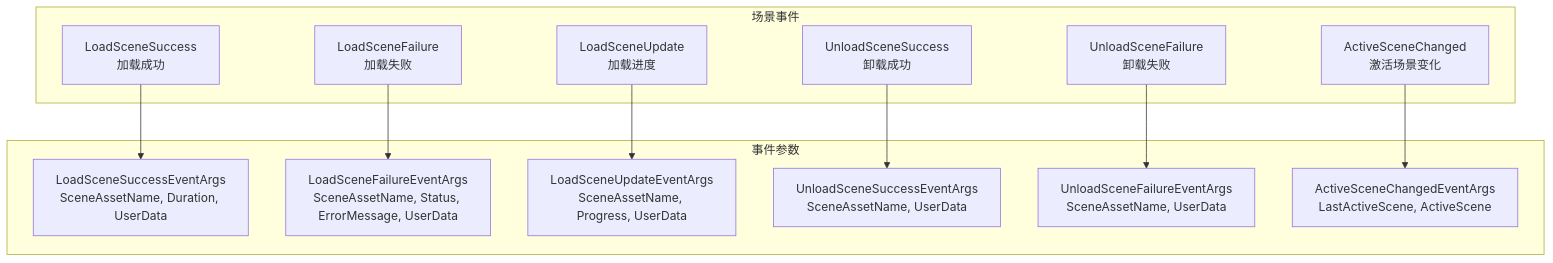
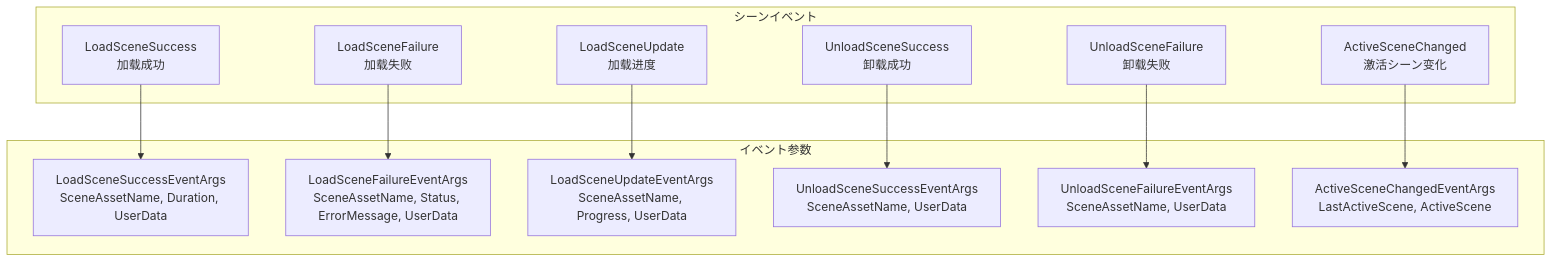
The fifth of 5 diagrams in docs/ja/client/unity/component/scene/04.features.md (AlianBlank/GameFrameX.Docs), drawn with Mermaid before and after one commit. The commit also changed other lines of this file and 603 other files, not shown here.

````diff
--- a/docs/ja/client/unity/component/scene/04.features.md
+++ b/docs/ja/client/unity/component/scene/04.features.md
@@ -233,27 +233,27 @@
 ```mermaid
 flowchart TD
-    subgraph Events["场景事件"]
+    subgraph Events["シーンイベント"]
         LSS["LoadSceneSuccess<br/>加载成功"]
         LSF["LoadSceneFailure<br/>加载失败"]
         LSU["LoadSceneUpdate<br/>加载进度"]
         USS["UnloadSceneSuccess<br/>卸载成功"]
         USF["UnloadSceneFailure<br/>卸载失败"]
-        ASC["ActiveSceneChanged<br/>激活场景变化"]
+        ASC["ActiveSceneChanged<br/>激活シーン变化"]
     end
 
-    subgraph EventArgs["事件参数"]
+    subgraph EventArgs["イベント参数"]
         LSSArgs["LoadSceneSuccessEventArgs<br/>SceneAssetName, Duration, UserData"]
         LSFArgs["LoadSceneFailureEventArgs<br/>SceneAssetName, Status, ErrorMessage, UserData"]
         LSUArgs["LoadSceneUpdateEventArgs<br/>SceneAssetName, Progress, UserData"]
         USSArgs["UnloadSceneSuccessEventArgs<br/>SceneAssetName, UserData"]
         USFArgs["UnloadSceneFailureEventArgs<br/>SceneAssetName, UserData"]
         ASCArgs["ActiveSceneChangedEventArgs<br/>LastActiveScene, ActiveScene"]
     end
 
     LSS --> LSSArgs
     LSF --> LSFArgs
     LSU --> LSUArgs
     USS --> USSArgs
     USF --> USFArgs
     ASC --> ASCArgs
 ```
````
